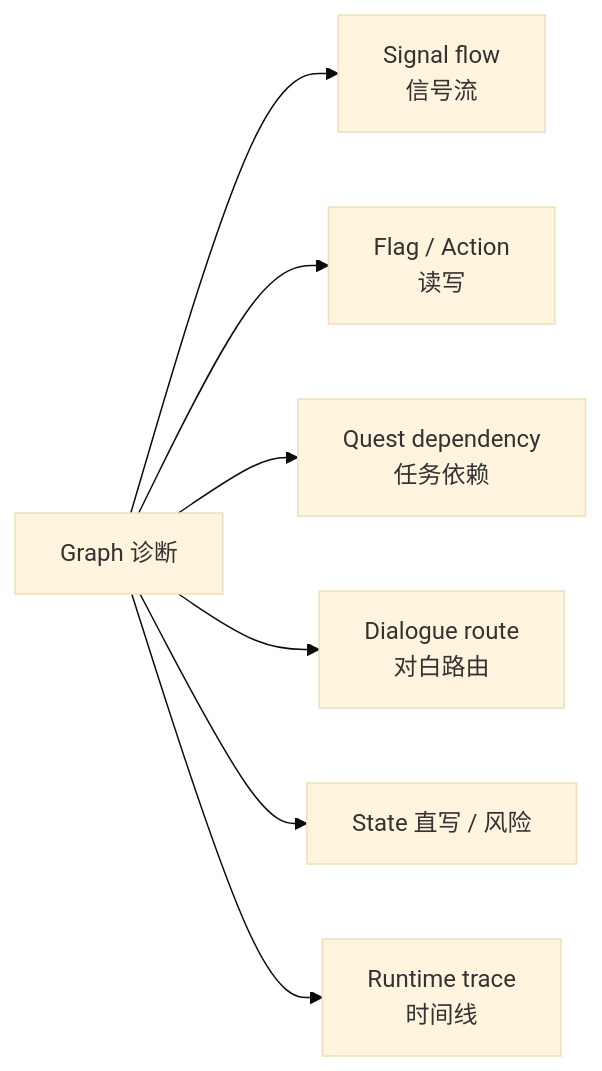
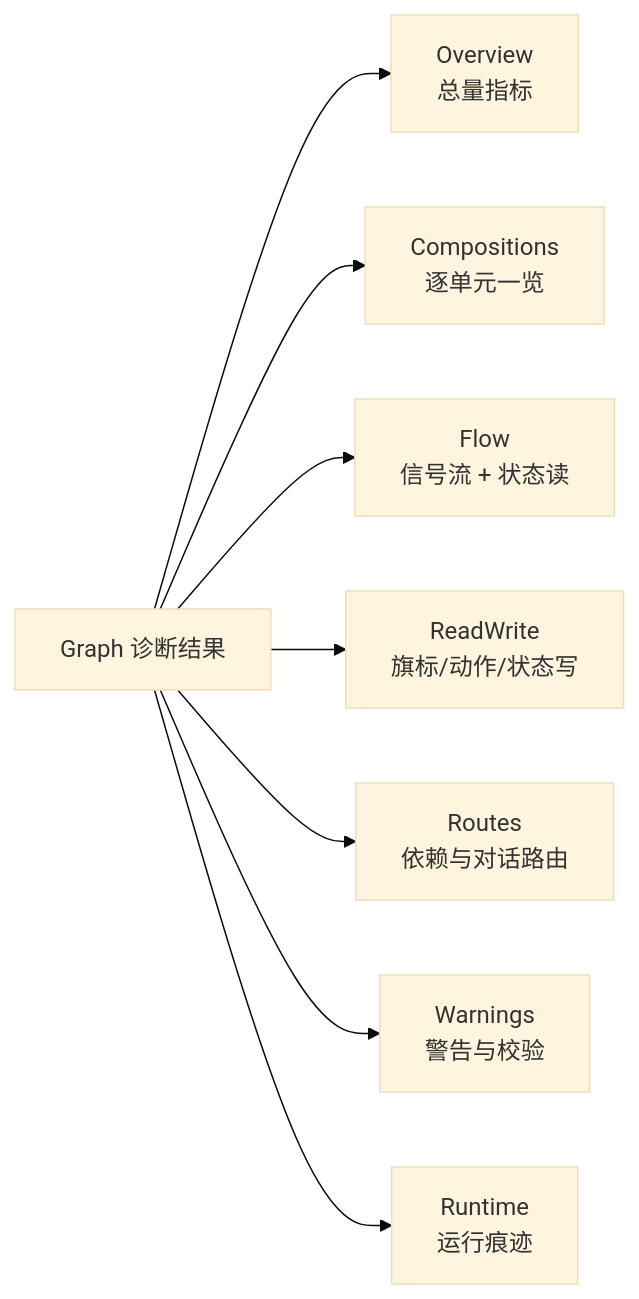
The second of 2 diagrams in docs/editors/workbench/graph-diag.md (wubugui/GDoc), drawn with Mermaid (base theme) before and after one commit. The commit also changed other lines of this file and 112 other files, not shown here.

````diff
--- a/docs/editors/workbench/graph-diag.md
+++ b/docs/editors/workbench/graph-diag.md
@@ -35,9 +79,10 @@
 ```mermaid
 flowchart LR
-    GD[Graph 诊断] --> SF[Signal flow<br/>信号流]
-    GD --> RW[Flag / Action<br/>读写]
-    GD --> QD[Quest dependency<br/>任务依赖]
-    GD --> DR[Dialogue route<br/>对白路由]
-    GD --> ST[State 直写 / 风险]
-    GD --> RT[Runtime trace<br/>时间线]
+    GD[Graph 诊断结果] --> OV[Overview<br/>总量指标]
+    GD --> CP[Compositions<br/>逐单元一览]
+    GD --> FL[Flow<br/>信号流 + 状态读]
+    GD --> RW[ReadWrite<br/>旗标/动作/状态写]
+    GD --> RT[Routes<br/>依赖与对话路由]
+    GD --> WN[Warnings<br/>警告与校验]
+    GD --> RN[Runtime<br/>运行痕迹]
 ```
````
